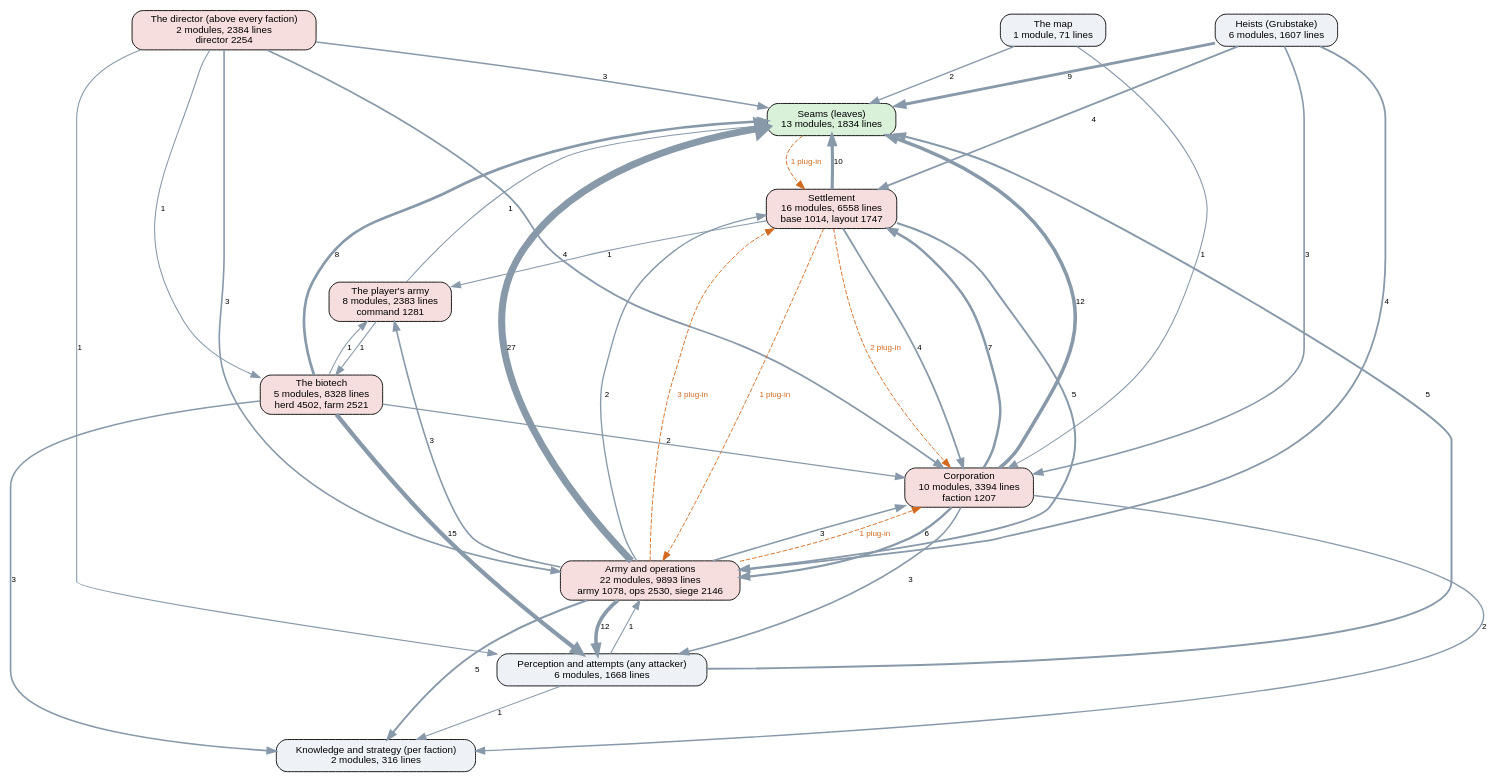
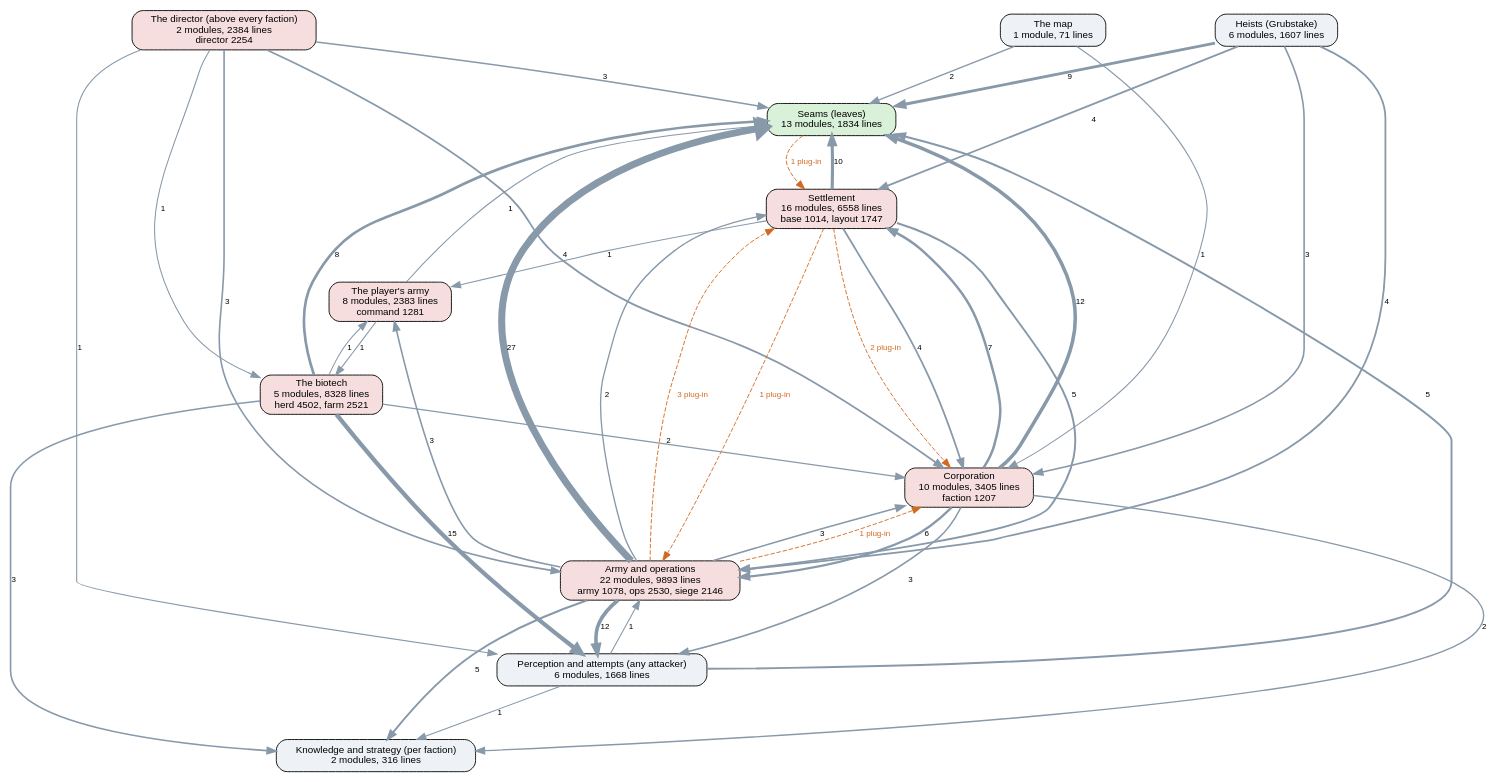
Before and after one commit to kinelhu/landing-party: the diagram in docs/ai-layers.dot, drawn with Graphviz. The commit also changed 10 other files, not shown here.

```diff
--- a/docs/ai-layers.dot
+++ b/docs/ai-layers.dot
@@ -1,57 +1,57 @@
 digraph layers {
   graph [rankdir=TB, fontname="Helvetica", nodesep=0.5, ranksep=0.7];
   node [shape=box, style="rounded,filled", fontname="Helvetica", fontsize=11, fillcolor="#eef2f7"];
   edge [color="#8899aa", fontname="Helvetica", fontsize=9];
   "Seams (leaves)" [label="Seams (leaves)\n13 modules, 1834 lines", fillcolor="#d9f0d9"];
   "Perception and attempts (any attacker)" [label="Perception and attempts (any attacker)\n6 modules, 1668 lines", fillcolor="#eef2f7"];
   "Knowledge and strategy (per faction)" [label="Knowledge and strategy (per faction)\n2 modules, 316 lines", fillcolor="#eef2f7"];
   "The director (above every faction)" [label="The director (above every faction)\n2 modules, 2384 lines\ndirector 2254", fillcolor="#f7dede"];
-  "Corporation" [label="Corporation\n10 modules, 3394 lines\nfaction 1207", fillcolor="#f7dede"];
+  "Corporation" [label="Corporation\n10 modules, 3405 lines\nfaction 1207", fillcolor="#f7dede"];
   "Settlement" [label="Settlement\n16 modules, 6558 lines\nbase 1014, layout 1747", fillcolor="#f7dede"];
   "Army and operations" [label="Army and operations\n22 modules, 9893 lines\narmy 1078, ops 2530, siege 2146", fillcolor="#f7dede"];
   "Heists (Grubstake)" [label="Heists (Grubstake)\n6 modules, 1607 lines", fillcolor="#eef2f7"];
   "The biotech" [label="The biotech\n5 modules, 8328 lines\nherd 4502, farm 2521", fillcolor="#f7dede"];
   "The map" [label="The map\n1 module, 71 lines", fillcolor="#eef2f7"];
   "The player's army" [label="The player's army\n8 modules, 2383 lines\ncommand 1281", fillcolor="#f7dede"];
   "Army and operations" -> "Corporation" [label="3", penwidth=1.8];
   "Army and operations" -> "Knowledge and strategy (per faction)" [label="5", penwidth=2.2];
   "Army and operations" -> "Perception and attempts (any attacker)" [label="12", penwidth=4.0];
   "Army and operations" -> "Seams (leaves)" [label="27", penwidth=7.8];
   "Army and operations" -> "Settlement" [label="2", penwidth=1.5];
   "Army and operations" -> "The player's army" [label="3", penwidth=1.8];
   "Corporation" -> "Army and operations" [label="6", penwidth=2.5];
   "Corporation" -> "Knowledge and strategy (per faction)" [label="2", penwidth=1.5];
   "Corporation" -> "Perception and attempts (any attacker)" [label="3", penwidth=1.8];
   "Corporation" -> "Seams (leaves)" [label="12", penwidth=4.0];
   "Corporation" -> "Settlement" [label="7", penwidth=2.8];
   "Heists (Grubstake)" -> "Army and operations" [label="4", penwidth=2.0];
   "Heists (Grubstake)" -> "Corporation" [label="3", penwidth=1.8];
   "Heists (Grubstake)" -> "Seams (leaves)" [label="9", penwidth=3.2];
   "Heists (Grubstake)" -> "Settlement" [label="4", penwidth=2.0];
   "Perception and attempts (any attacker)" -> "Army and operations" [label="1", penwidth=1.2];
   "Perception and attempts (any attacker)" -> "Knowledge and strategy (per faction)" [label="1", penwidth=1.2];
   "Perception and attempts (any attacker)" -> "Seams (leaves)" [label="5", penwidth=2.2];
   "Settlement" -> "Army and operations" [label="5", penwidth=2.2];
   "Settlement" -> "Corporation" [label="4", penwidth=2.0];
   "Settlement" -> "Seams (leaves)" [label="10", penwidth=3.5];
   "Settlement" -> "The player's army" [label="1", penwidth=1.2];
   "The biotech" -> "Corporation" [label="2", penwidth=1.5];
   "The biotech" -> "Knowledge and strategy (per faction)" [label="3", penwidth=1.8];
   "The biotech" -> "Perception and attempts (any attacker)" [label="15", penwidth=4.8];
   "The biotech" -> "Seams (leaves)" [label="8", penwidth=3.0];
   "The biotech" -> "The player's army" [label="1", penwidth=1.2];
   "The director (above every faction)" -> "Army and operations" [label="3", penwidth=1.8];
   "The director (above every faction)" -> "Corporation" [label="4", penwidth=2.0];
   "The director (above every faction)" -> "Perception and attempts (any attacker)" [label="1", penwidth=1.2];
   "The director (above every faction)" -> "Seams (leaves)" [label="3", penwidth=1.8];
   "The director (above every faction)" -> "The biotech" [label="1", penwidth=1.2];
   "The map" -> "Corporation" [label="1", penwidth=1.2];
   "The map" -> "Seams (leaves)" [label="2", penwidth=1.5];
   "The player's army" -> "Seams (leaves)" [label="1", penwidth=1.2];
   "The player's army" -> "The biotech" [label="1", penwidth=1.2];
   "Army and operations" -> "Corporation" [style=dashed, color="#d2691e", fontcolor="#d2691e", label="1 plug-in"];
   "Army and operations" -> "Settlement" [style=dashed, color="#d2691e", fontcolor="#d2691e", label="3 plug-in"];
   "Seams (leaves)" -> "Settlement" [style=dashed, color="#d2691e", fontcolor="#d2691e", label="1 plug-in"];
   "Settlement" -> "Army and operations" [style=dashed, color="#d2691e", fontcolor="#d2691e", label="1 plug-in"];
   "Settlement" -> "Corporation" [style=dashed, color="#d2691e", fontcolor="#d2691e", label="2 plug-in"];
 }
```
